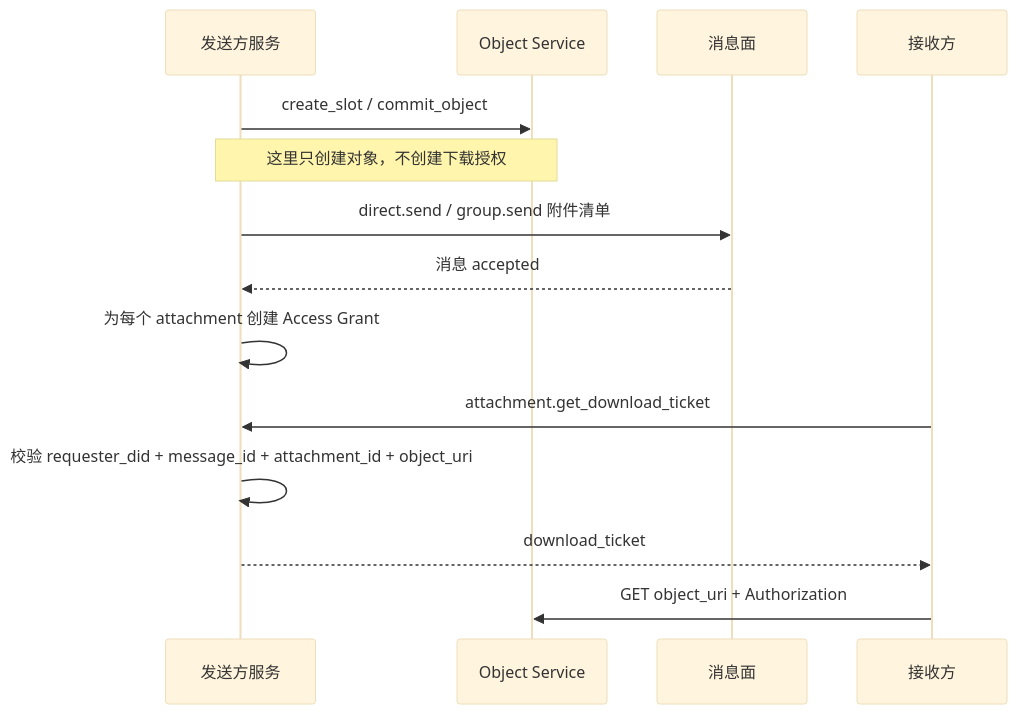
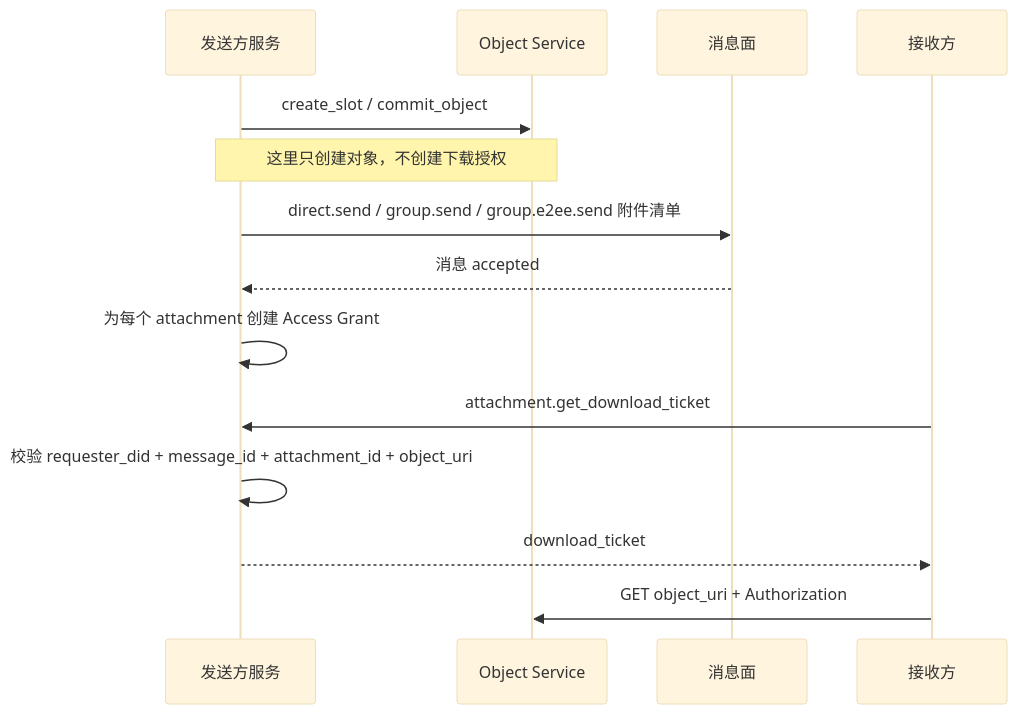
Before and after one commit to NeatNerdPrime/AgentNetworkProtocol: the seventh of 8 diagrams in chinese/message/vnext/07-附件与对象传输.md, drawn with Mermaid (base theme). The commit also changed other lines of this file and 31 other files, not shown here.

````diff
--- a/chinese/message/vnext/07-附件与对象传输.md
+++ b/chinese/message/vnext/07-附件与对象传输.md
@@ -714,20 +738,20 @@
 ```mermaid
 sequenceDiagram
 participant S as 发送方服务
 participant O as Object Service
 participant M as 消息面
 participant R as 接收方
 
 S->>O: create_slot / commit_object
 Note over S,O: 这里只创建对象，不创建下载授权
 
-S->>M: direct.send / group.send 附件清单
+S->>M: direct.send / group.send / group.e2ee.send 附件清单
 M-->>S: 消息 accepted
 S->>S: 为每个 attachment 创建 Access Grant
 
 R->>S: attachment.get_download_ticket
 S->>S: 校验 requester_did + message_id + attachment_id + object_uri
 S-->>R: download_ticket
 
 R->>O: GET object_uri + Authorization
 ```
````
